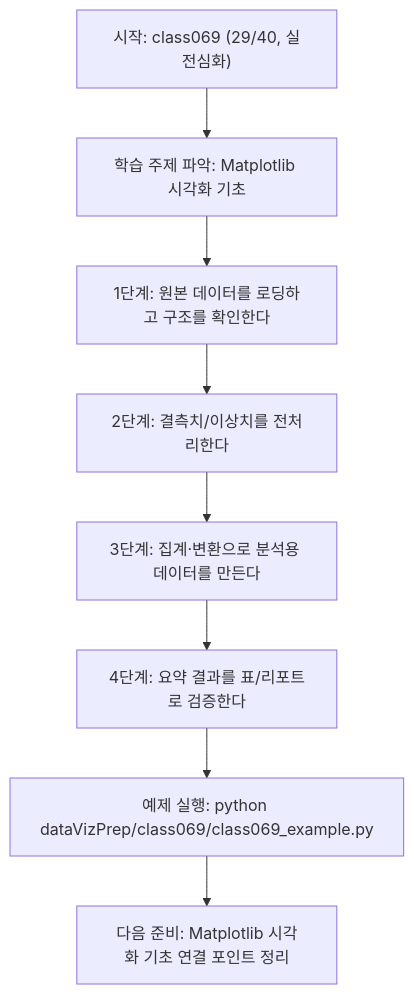
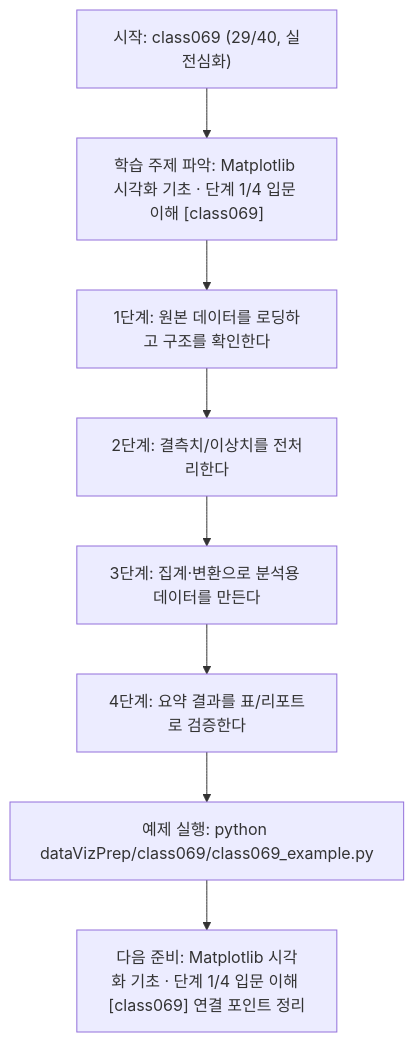
Before and after one commit to edumgt/Python-AI_Agent-Class: the diagram in dataVizPrep/class069/class069.md, drawn with Mermaid. The commit also changed other lines of this file and 522 other files, not shown here.

````diff
--- a/dataVizPrep/class069/class069.md
+++ b/dataVizPrep/class069/class069.md
@@ -110,18 +111,18 @@
 ```mermaid
 flowchart TD
 N1["시작: class069 (29/40, 실전심화)"]
-N2["학습 주제 파악: Matplotlib 시각화 기초"]
+N2["학습 주제 파악: Matplotlib 시각화 기초 · 단계 1/4 입문 이해 [class069]"]
 N3["1단계: 원본 데이터를 로딩하고 구조를 확인한다"]
 N4["2단계: 결측치/이상치를 전처리한다"]
 N5["3단계: 집계·변환으로 분석용 데이터를 만든다"]
 N6["4단계: 요약 결과를 표/리포트로 검증한다"]
 N7["예제 실행: python dataVizPrep/class069/class069_example.py"]
-N8["다음 준비: Matplotlib 시각화 기초 연결 포인트 정리"]
+N8["다음 준비: Matplotlib 시각화 기초 · 단계 1/4 입문 이해 [class069] 연결 포인트 정리"]
 N1 --> N2
 N2 --> N3
 N3 --> N4
 N4 --> N5
 N5 --> N6
 N6 --> N7
 N7 --> N8
 ```
````
